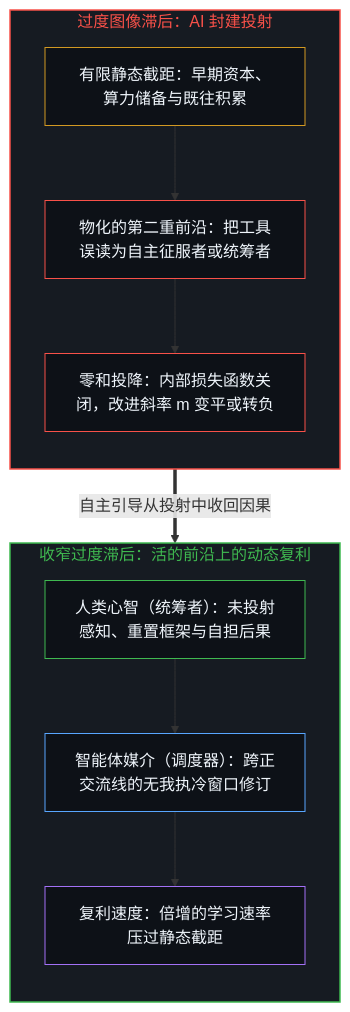
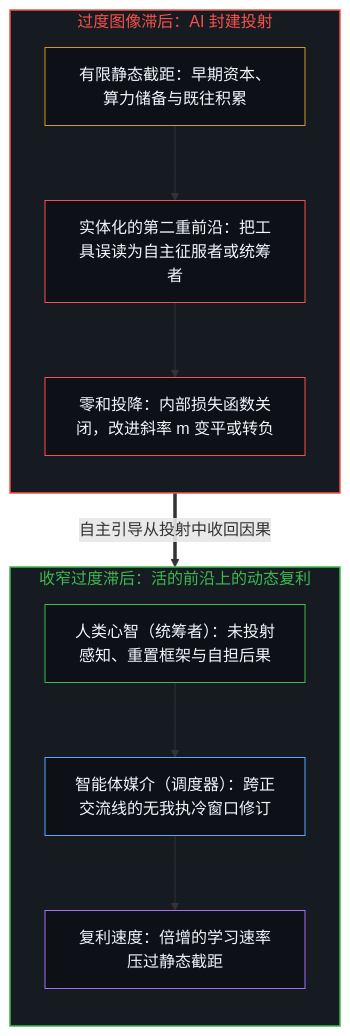
Before and after one commit to powerpig99/not-a-toe: the first of 2 diagrams in content/posts/agency-compounding-and-the-argument-over-ai-feudalism.md, drawn with Mermaid. The commit also changed other lines of this file and 6 other files, not shown here.

````diff
--- a/content/posts/agency-compounding-and-the-argument-over-ai-feudalism.md
+++ b/content/posts/agency-compounding-and-the-argument-over-ai-feudalism.md
@@ -35,26 +35,26 @@
 ```mermaid
 flowchart TD
     subgraph S_Lag["过度图像滞后：AI 封建投射"]
         direction TB
         I1["有限静态截距：早期资本、算力储备与既往积累"]
-        I2["物化的第二重前沿：把工具误读为自主征服者或统筹者"]
+        I2["实体化的第二重前沿：把工具误读为自主征服者或统筹者"]
         I3["零和投降：内部损失函数关闭，改进斜率 m 变平或转负"]
         I1 --> I2 --> I3
     end
     subgraph S_Rate["收窄过度滞后：活的前沿上的动态复利"]
         direction TB
         R1["人类心智（统筹者）：未投射感知、重置框架与自担后果"]
         R2["智能体媒介（调度器）：跨正交流线的无我执冷窗口修订"]
         R3["复利速度：倍增的学习速率压过静态截距"]
         R1 --> R2 --> R3
     end
     I3 ==>|"自主引导从投射中收回因果"| R1
     style S_Lag fill:#161b22,stroke:#f85149,stroke-width:1.5px,color:#f85149
     style S_Rate fill:#161b22,stroke:#3fb950,stroke-width:1.5px,color:#3fb950
     style I1 fill:#0d1117,stroke:#d29922,stroke-width:1px,color:#f0f6fc
     style I2 fill:#0d1117,stroke:#f85149,stroke-width:1px,color:#f0f6fc
     style I3 fill:#0d1117,stroke:#f85149,stroke-width:1px,color:#f0f6fc
     style R1 fill:#0d1117,stroke:#3fb950,stroke-width:1px,color:#f0f6fc
     style R2 fill:#0d1117,stroke:#58a6ff,stroke-width:1px,color:#f0f6fc
     style R3 fill:#0d1117,stroke:#a371f7,stroke-width:1px,color:#f0f6fc
 ```
````
